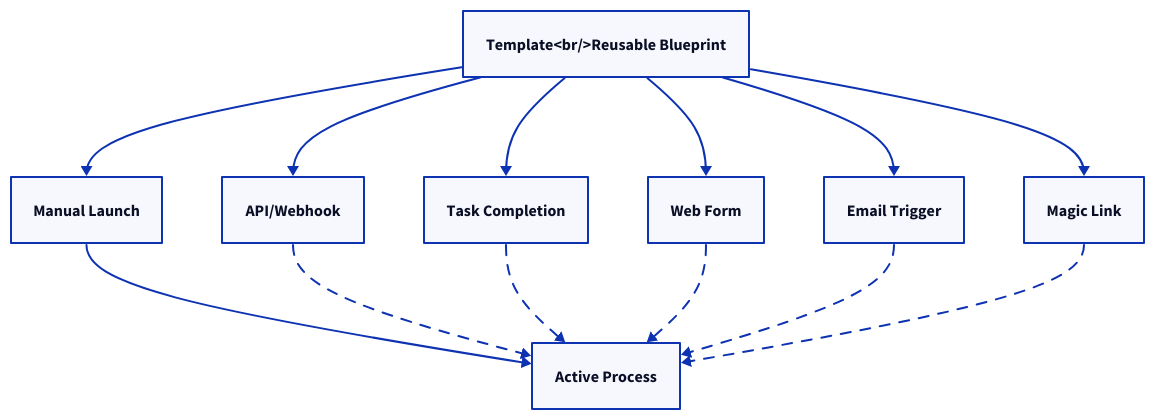
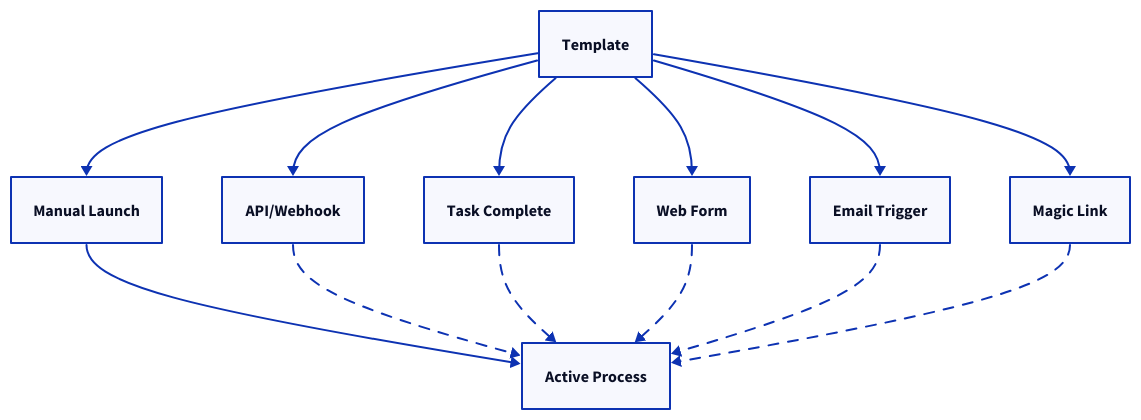
One commit to tallyfy/documentation changed the diagram in src/content/docs/pro/launching/index.mdx. Above: the diagram before and after it, drawn with D2. The commit also changed 8 other files, not shown here.

````diff
--- a/src/content/docs/pro/launching/index.mdx
+++ b/src/content/docs/pro/launching/index.mdx
@@ -57,22 +57,22 @@
 ```d2
-Template: "Template<br/>Reusable Blueprint"
-Manual: "Manual Launch"
-Process: "Active Process"
+Template: Template
+Manual: Manual Launch
+Process: Active Process
 Manual -> Process
-API: "API/Webhook"
+API: API/Webhook
 API -> Process {style.stroke-dash: 5}
-Task: "Task Completion"
+Task: Task Complete
 Task -> Process {style.stroke-dash: 5}
-Form: "Web Form"
+Form: Web Form
 Form -> Process {style.stroke-dash: 5}
-Email: "Email Trigger"
+Email: Email Trigger
 Email -> Process {style.stroke-dash: 5}
-Magic: "Magic Link"
+Magic: Magic Link
 Magic -> Process {style.stroke-dash: 5}
 Template -> Manual
 Template -> API
 Template -> Task
 Template -> Form
 Template -> Email
 Template -> Magic
 ```
````
